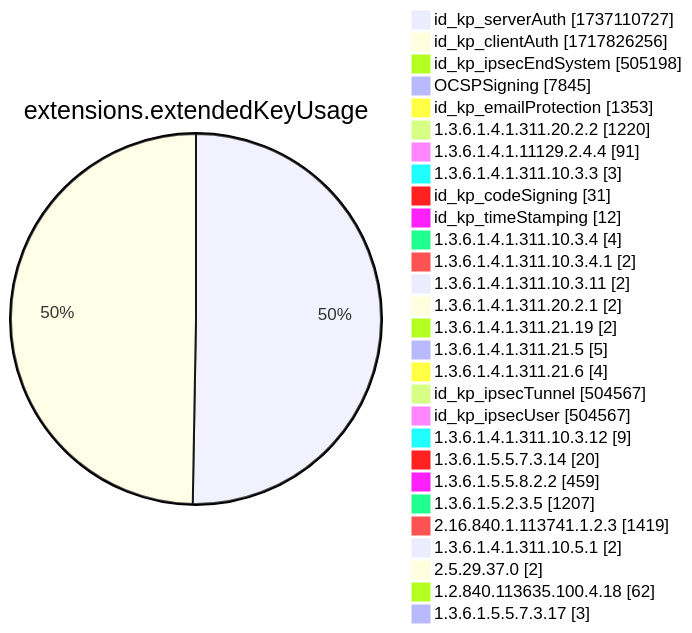
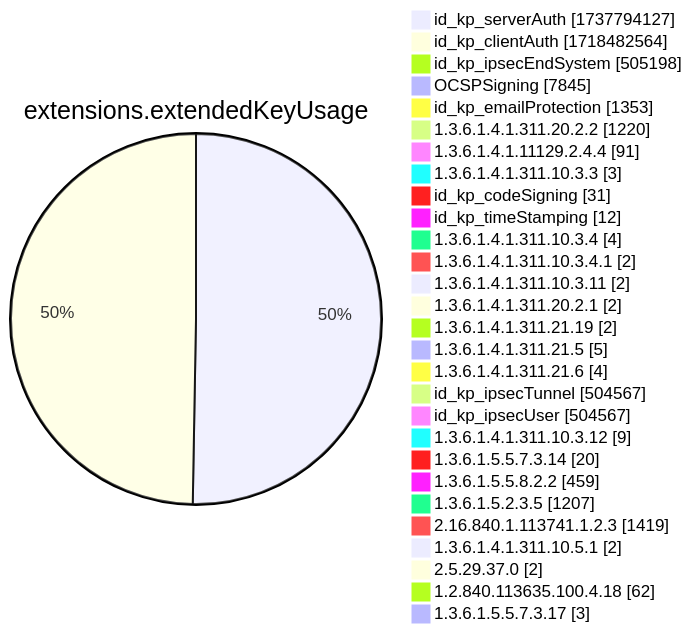
One commit to christiankrug/ctmonitor_visualization changed diagram 12 of 15 in xenon2022/README.md. Above: the diagram before and after it, drawn with Mermaid. The commit also changed other lines of this file, not shown here.

````diff
--- a/xenon2022/README.md
+++ b/xenon2022/README.md
@@ -3892,32 +3892,32 @@
 ```mermaid
 pie showData
 title extensions.extendedKeyUsage
-"id_kp_serverAuth" :1737110727
-"id_kp_clientAuth" :1717826256
+"id_kp_serverAuth" :1737794127
+"id_kp_clientAuth" :1718482564
 "id_kp_ipsecEndSystem" :505198
 "OCSPSigning" :7845
 "id_kp_emailProtection" :1353
 "1.3.6.1.4.1.311.20.2.2" :1220
 "1.3.6.1.4.1.11129.2.4.4" :91
 "1.3.6.1.4.1.311.10.3.3" :3
 "id_kp_codeSigning" :31
 "id_kp_timeStamping" :12
 "1.3.6.1.4.1.311.10.3.4" :4
 "1.3.6.1.4.1.311.10.3.4.1" :2
 "1.3.6.1.4.1.311.10.3.11" :2
 "1.3.6.1.4.1.311.20.2.1" :2
 "1.3.6.1.4.1.311.21.19" :2
 "1.3.6.1.4.1.311.21.5" :5
 "1.3.6.1.4.1.311.21.6" :4
 "id_kp_ipsecTunnel" :504567
 "id_kp_ipsecUser" :504567
 "1.3.6.1.4.1.311.10.3.12" :9
 "1.3.6.1.5.5.7.3.14" :20
 "1.3.6.1.5.5.8.2.2" :459
 "1.3.6.1.5.2.3.5" :1207
 "2.16.840.1.113741.1.2.3" :1419
 "1.3.6.1.4.1.311.10.5.1" :2
 "2.5.29.37.0" :2
 "1.2.840.113635.100.4.18" :62
 "1.3.6.1.5.5.7.3.17" :3
 ```
````
